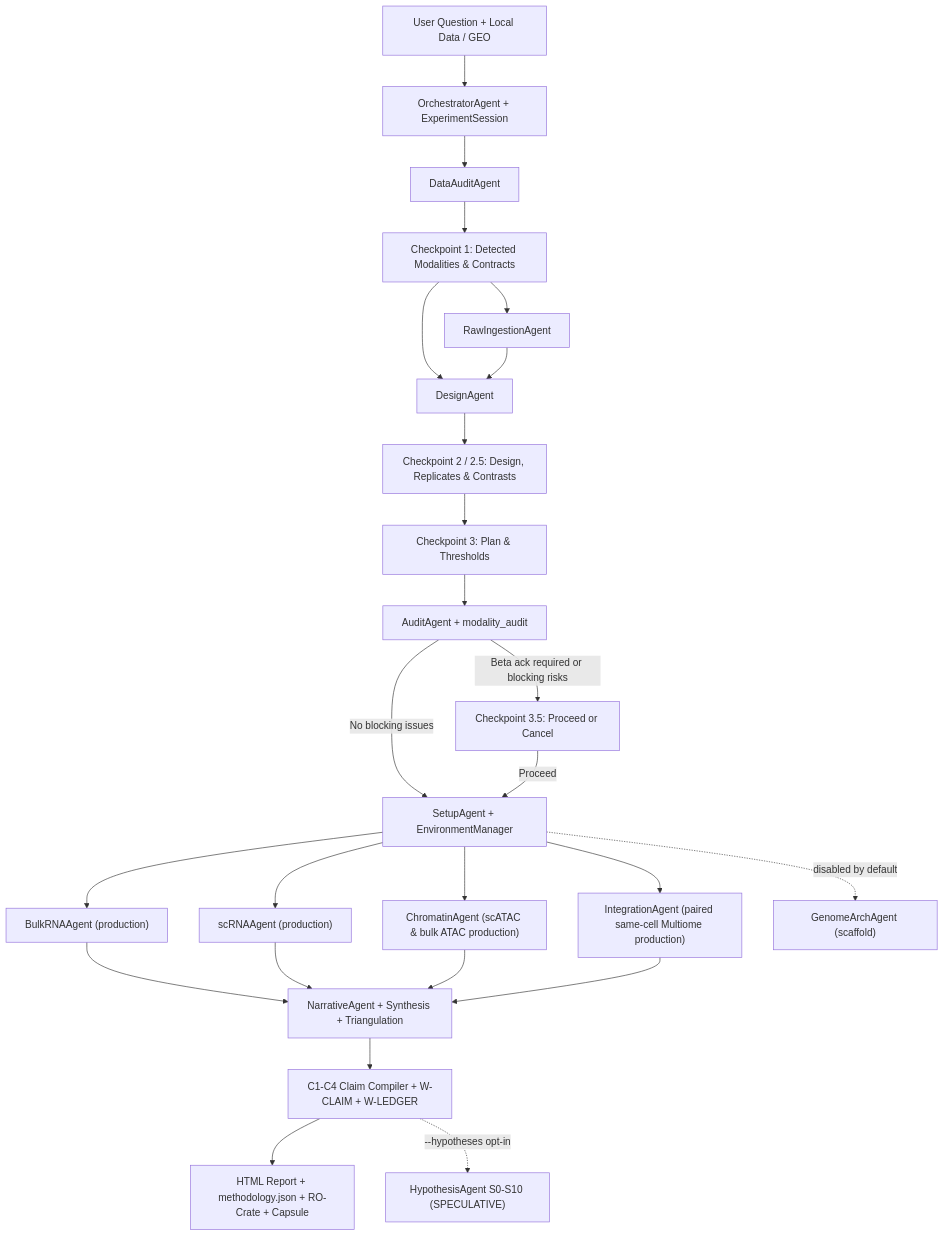
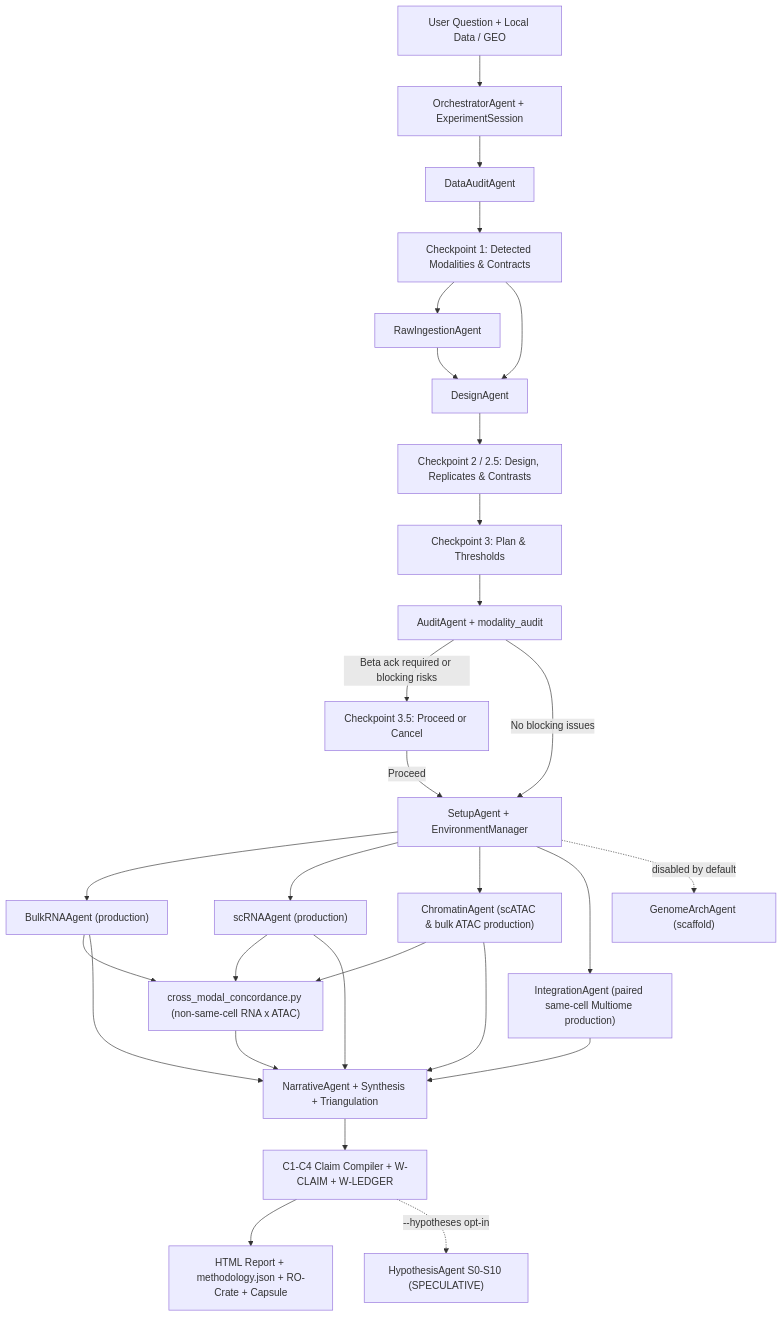
Before and after one commit to Olascoaga/aria-omics: the diagram in docs/diagrams/aria_overview.mmd, drawn with Mermaid. The commit also changed 35 other files, not shown here.

Commit message:
feat(cross-modal): add production RNAxATAC contrast and donor concordance engine (ADR-080)

```diff
--- a/docs/diagrams/aria_overview.mmd
+++ b/docs/diagrams/aria_overview.mmd
@@ -1,25 +1,29 @@
 flowchart TD
     U["User Question + Local Data / GEO"] --> O["OrchestratorAgent + ExperimentSession"]
     O --> DA["DataAuditAgent"]
     DA --> CP1["Checkpoint 1: Detected Modalities & Contracts"]
     CP1 --> RAW["RawIngestionAgent"]
     CP1 --> D["DesignAgent"]
     RAW --> D
     D --> CP2["Checkpoint 2 / 2.5: Design, Replicates & Contrasts"]
     CP2 --> CP3["Checkpoint 3: Plan & Thresholds"]
     CP3 --> A["AuditAgent + modality_audit"]
     A -->|Beta ack required or blocking risks| CP35["Checkpoint 3.5: Proceed or Cancel"]
     A -->|No blocking issues| SETUP["SetupAgent + EnvironmentManager"]
     CP35 -->|Proceed| SETUP
     SETUP --> B["BulkRNAAgent (production)"]
     SETUP --> S["scRNAAgent (production)"]
     SETUP --> C["ChromatinAgent (scATAC & bulk ATAC production)"]
     SETUP --> INT["IntegrationAgent (paired same-cell Multiome production)"]
     SETUP -. disabled by default .-> H["GenomeArchAgent (scaffold)"]
+    B --> CM["cross_modal_concordance.py (non-same-cell RNA x ATAC)"]
+    S --> CM
+    C --> CM
     B --> N["NarrativeAgent + Synthesis + Triangulation"]
     S --> N
     C --> N
+    CM --> N
     INT --> N
     N --> COMP["C1-C4 Claim Compiler + W-CLAIM + W-LEDGER"]
     COMP --> R["HTML Report + methodology.json + RO-Crate + Capsule"]
     COMP -. "--hypotheses opt-in" .-> HYPO["HypothesisAgent S0-S10 (SPECULATIVE)"]
```
